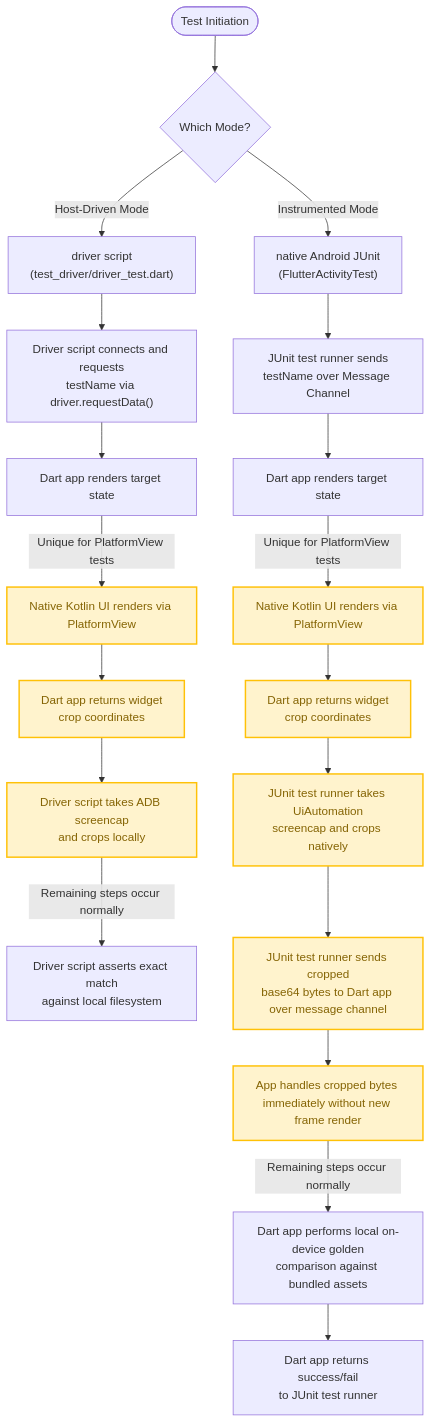
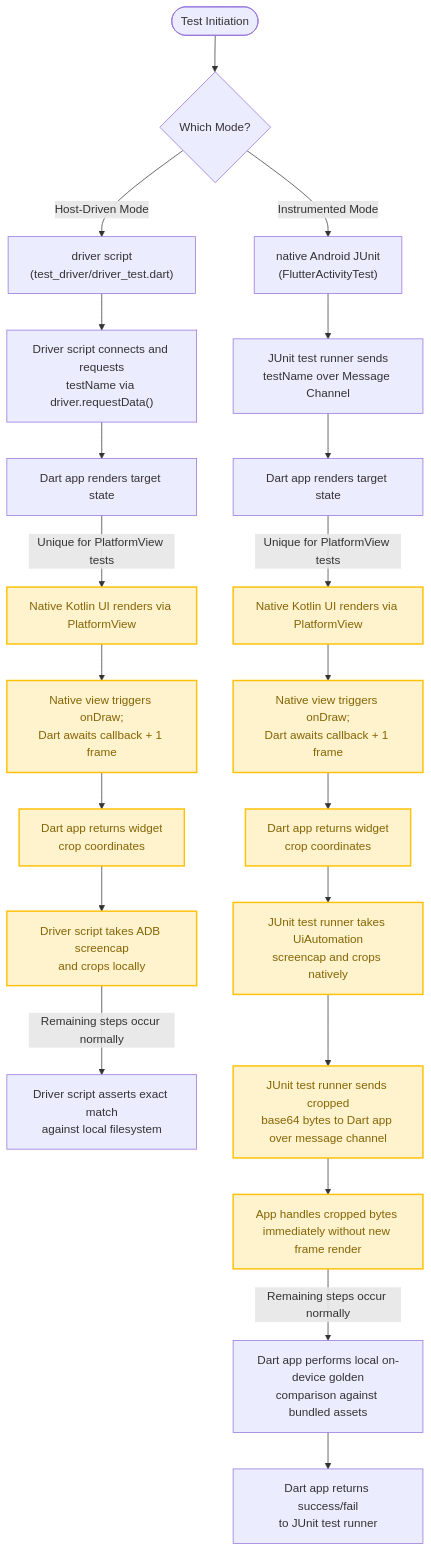
Before and after one commit to flutter/flutter: the second of 2 diagrams in dev/integration_tests/android_hardware_smoke_test/README.md, drawn with Mermaid. The commit also changed other lines of this file and 4 other files, not shown here.

First line of the commit message:
Synchronize platform view compositing

````diff
--- a/dev/integration_tests/android_hardware_smoke_test/README.md
+++ b/dev/integration_tests/android_hardware_smoke_test/README.md
@@ -215,33 +215,36 @@
 ```mermaid
 flowchart TD
     TestInit(["Test Initiation"]) --> Mode{"Which Mode?"}
 
     Mode -->|"Host-Driven Mode"| HostScript["driver script<br/>(test_driver/driver_test.dart)"]
     Mode -->|"Instrumented Mode"| JUnit["native Android JUnit<br/>(FlutterActivityTest)"]
 
     HostScript --> RequestData["Driver script connects and requests<br/>testName via driver.requestData()"]
     JUnit --> SendMessage["JUnit test runner sends<br/>testName over Message Channel"]
 
     RequestData --> RenderHost["Dart app renders target state"]
     SendMessage --> RenderDevice["Dart app renders target state"]
 
     RenderHost -->|"Unique for PlatformView tests"| RenderHostPlatformView["Native Kotlin UI renders via PlatformView"]:::unique
     RenderDevice -->|"Unique for PlatformView tests"| RenderDevicePlatformView["Native Kotlin UI renders via PlatformView"]:::unique
 
-    RenderHostPlatformView --> CoordsHost["Dart app returns widget<br/>crop coordinates"]:::unique
-    RenderDevicePlatformView --> CoordsDevice["Dart app returns widget<br/>crop coordinates"]:::unique
+    RenderHostPlatformView --> DrawSyncHost["Native view triggers onDraw;<br/>Dart awaits callback + 1 frame"]:::unique
+    DrawSyncHost --> CoordsHost["Dart app returns widget<br/>crop coordinates"]:::unique
+
+    RenderDevicePlatformView --> DrawSyncDevice["Native view triggers onDraw;<br/>Dart awaits callback + 1 frame"]:::unique
+    DrawSyncDevice --> CoordsDevice["Dart app returns widget<br/>crop coordinates"]:::unique
 
     CoordsHost --> CaptureHost["Driver script takes ADB screencap<br/>and crops locally"]:::unique
     CoordsDevice --> CaptureDevice["JUnit test runner takes UiAutomation<br/>screencap and crops natively"]:::unique
 
     CaptureHost -->|"Remaining steps occur normally"| CompareHost["Driver script asserts exact match<br/>against local filesystem"]
     CaptureDevice --> SendBytes["JUnit test runner sends cropped<br/>base64 bytes to Dart app over message channel"]:::unique
 
     SendBytes --> ImmediateComparison["App handles cropped bytes immediately without new frame render"]:::unique
 
     ImmediateComparison -->|"Remaining steps occur normally"| OnDeviceCompare["Dart app performs local on-device golden<br/>comparison against bundled assets"]
 
     OnDeviceCompare --> Report["Dart app returns success/fail<br/>to JUnit test runner"]
 
     classDef unique fill:#fff3cd,stroke:#ffc107,color:#856404,stroke-width:2px;
 ```
````
